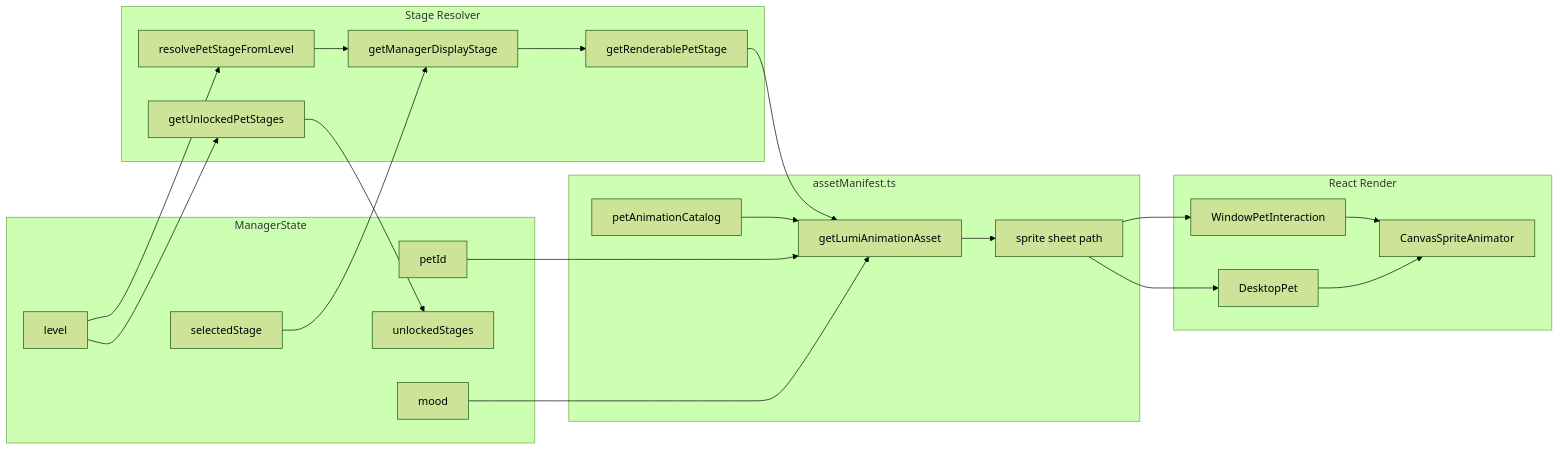
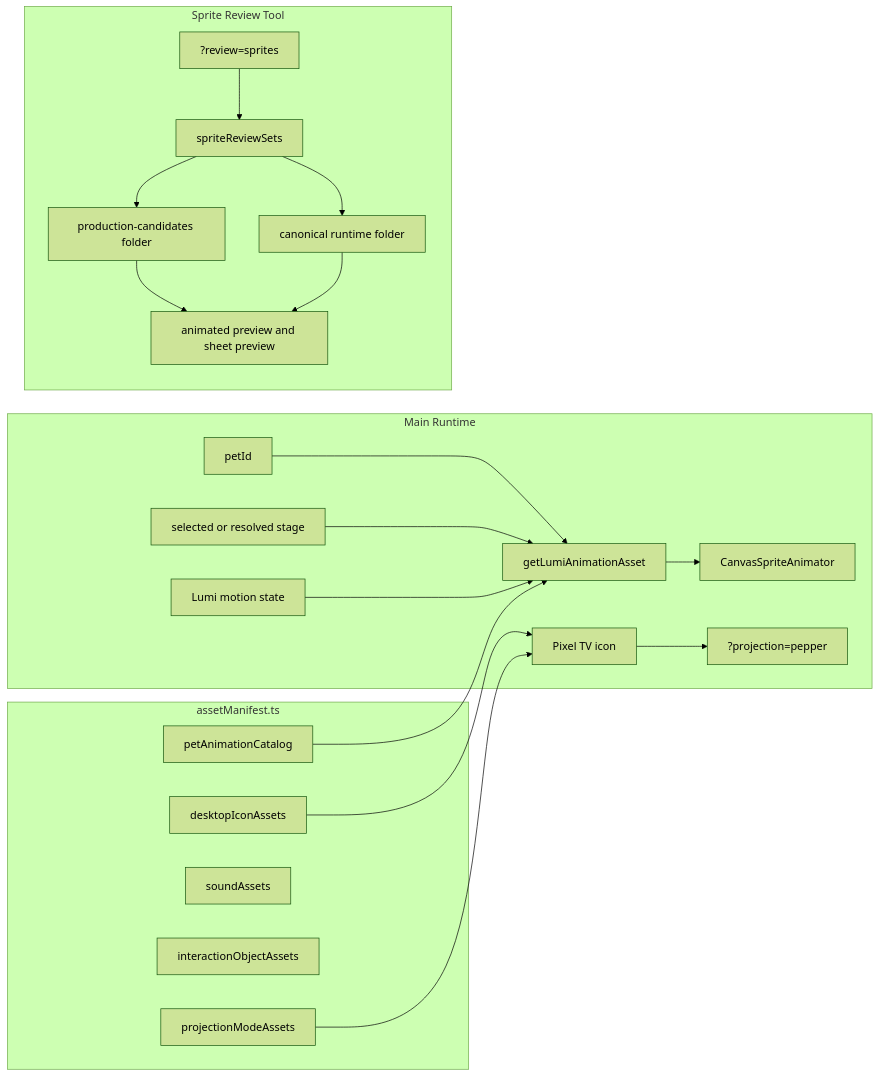
Before and after one commit to Mureung1/hub-showcase: the fourth of 5 diagrams in docs/architecture-data-flow.md, drawn with Mermaid (forest theme). The commit also changed other lines of this file and 15 other files, not shown here.

````diff
--- a/docs/architecture-data-flow.md
+++ b/docs/architecture-data-flow.md
@@ -169,45 +250,42 @@
 ```mermaid
 flowchart LR
-  subgraph ManagerState["ManagerState"]
-    PetId["petId"]
-    Level["level"]
-    UnlockedStages["unlockedStages"]
-    SelectedStage["selectedStage"]
-    Mood["mood"]
+  subgraph Manifest["assetManifest.ts"]
+    PetCatalog["petAnimationCatalog"]
+    Icons["desktopIconAssets"]
+    Sounds["soundAssets"]
+    Interactions["interactionObjectAssets"]
+    Projection["projectionModeAssets"]
   end
 
-  subgraph Resolver["Stage Resolver"]
-    Unlocks["getUnlockedPetStages"]
-    Resolve["resolvePetStageFromLevel"]
-    Display["getManagerDisplayStage"]
-    Renderable["getRenderablePetStage"]
+  subgraph Runtime["Main Runtime"]
+    PetId["petId"]
+    Stage["selected or resolved stage"]
+    Motion["Lumi motion state"]
+    GetAsset["getLumiAnimationAsset"]
+    Canvas["CanvasSpriteAnimator"]
+    PixelTV["Pixel TV icon"]
+    Pepper["?projection=pepper"]
   end
 
-  subgraph Manifest["assetManifest.ts"]
-    Catalog["petAnimationCatalog"]
-    GetAsset["getLumiAnimationAsset"]
-    Path["sprite sheet path"]
+  subgraph Review["Sprite Review Tool"]
+    ReviewRoute["?review=sprites"]
+    ReviewSets["spriteReviewSets"]
+    CandidateFolder["production-candidates folder"]
+    CanonicalFolder["canonical runtime folder"]
+    Preview["animated preview and sheet preview"]
   end
 
-  subgraph Render["React Render"]
-    DesktopPet["DesktopPet"]
-    WindowPet["WindowPetInteraction"]
-    Canvas["CanvasSpriteAnimator"]
-  end
-
+  PetCatalog --> GetAsset
   PetId --> GetAsset
-  Level --> Unlocks
-  Unlocks --> UnlockedStages
-  Level --> Resolve
-  SelectedStage --> Display
-  Resolve --> Display
-  Display --> Renderable
-  Renderable --> GetAsset
-  Mood --> GetAsset
-  Catalog --> GetAsset
-  GetAsset --> Path
-  Path --> DesktopPet
-  Path --> WindowPet
-  DesktopPet --> Canvas
-  WindowPet --> Canvas
+  Stage --> GetAsset
+  Motion --> GetAsset
+  GetAsset --> Canvas
+  Icons --> PixelTV
+  Projection --> PixelTV
+  PixelTV --> Pepper
+  ReviewRoute --> ReviewSets
+  ReviewSets --> CandidateFolder
+  ReviewSets --> CanonicalFolder
+  CandidateFolder --> Preview
+  CanonicalFolder --> Preview
 ```
````
